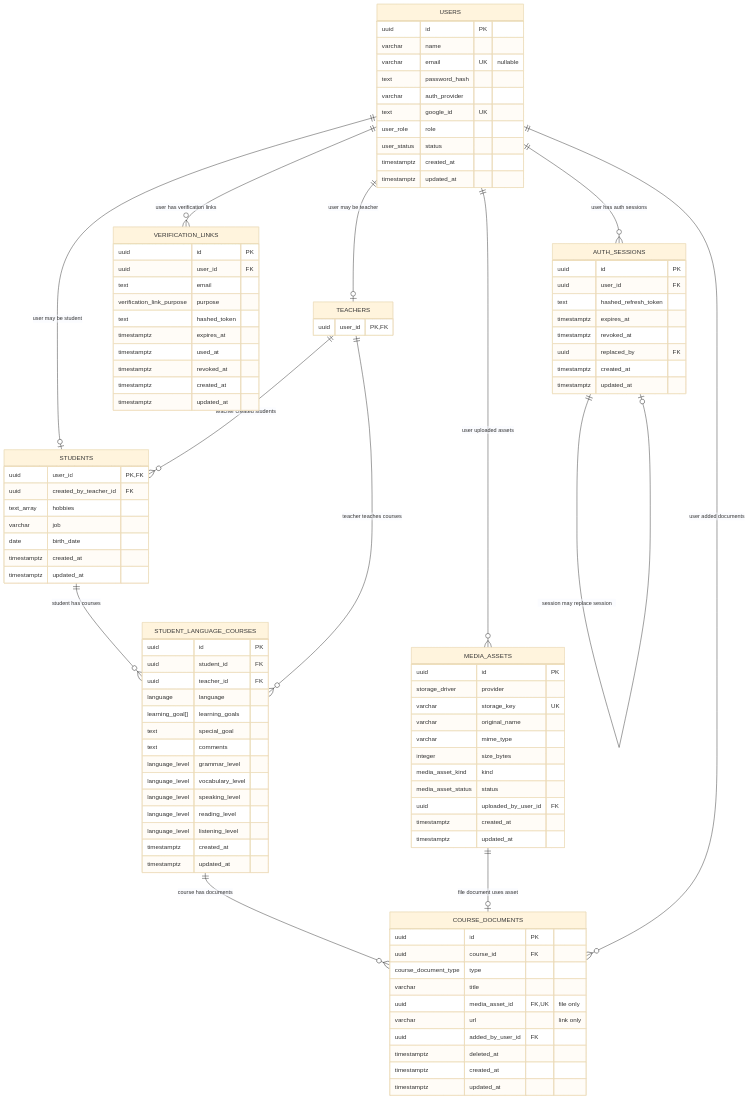
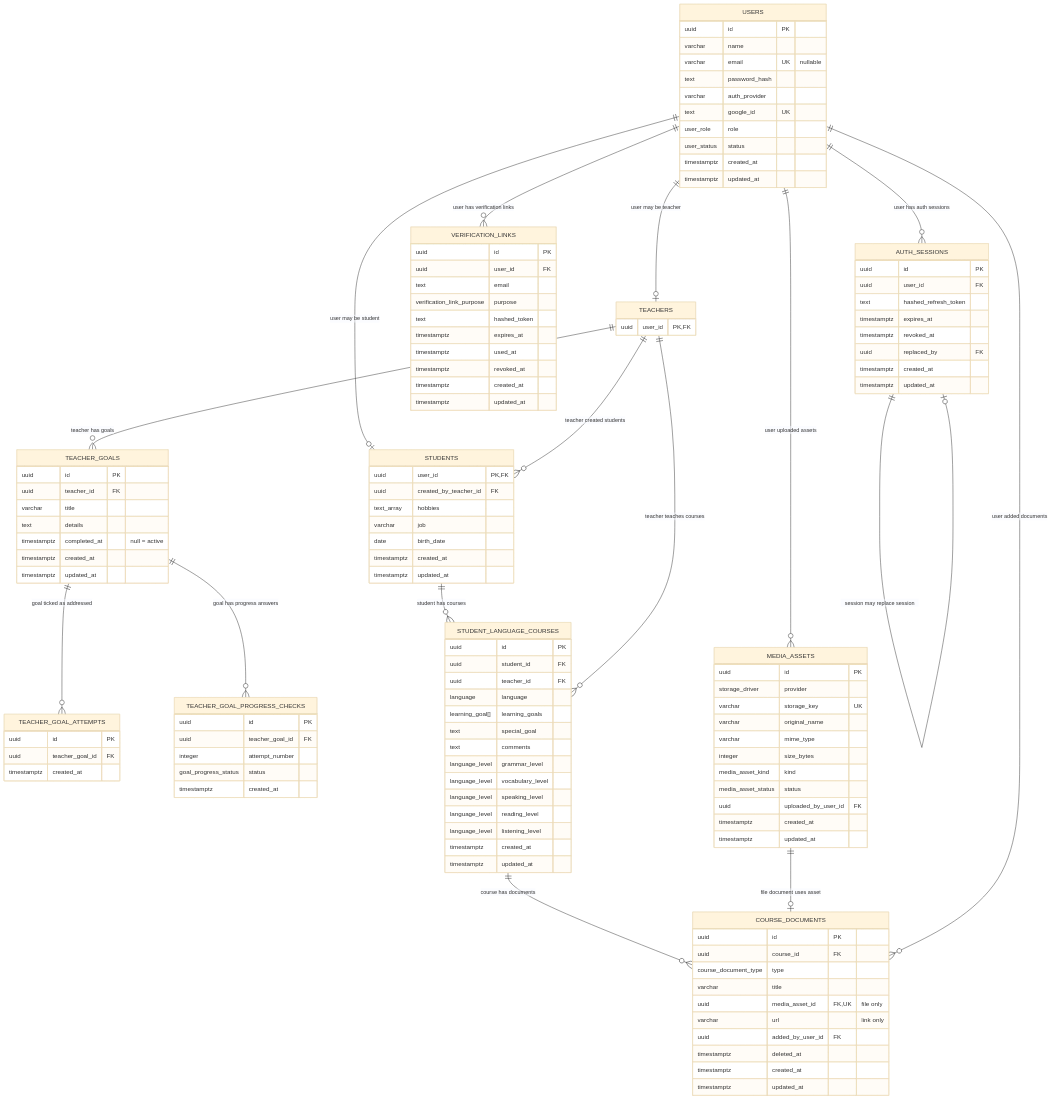
Before and after one commit to KaterynaKocheharova/Practice-app: the diagram in back/docs/db/entities.md, drawn with Mermaid (base theme). The commit also changed other lines of this file and 6 other files, not shown here.

Commit message:
add teacher goasl and progress tables structures

```diff
--- a/back/docs/db/entities.md
+++ b/back/docs/db/entities.md
@@ -43,6 +43,30 @@
 
   TEACHERS {
     uuid user_id PK, FK
+  }
+
+  TEACHER_GOALS {
+    uuid id PK
+    uuid teacher_id FK
+    varchar title
+    text details
+    timestamptz completed_at "null = active"
+    timestamptz created_at
+    timestamptz updated_at
+  }
+
+  TEACHER_GOAL_ATTEMPTS {
+    uuid id PK
+    uuid teacher_goal_id FK
+    timestamptz created_at
+  }
+
+  TEACHER_GOAL_PROGRESS_CHECKS {
+    uuid id PK
+    uuid teacher_goal_id FK
+    integer attempt_number
+    goal_progress_status status
+    timestamptz created_at
   }
 
   STUDENTS {
@@ -105,6 +129,9 @@
   USERS ||--o{ VERIFICATION_LINKS : "user has verification links"
   AUTH_SESSIONS ||--o| AUTH_SESSIONS : "session may replace session"
   TEACHERS ||--o{ STUDENTS : "teacher created students"
+  TEACHERS ||--o{ TEACHER_GOALS : "teacher has goals"
+  TEACHER_GOALS ||--o{ TEACHER_GOAL_ATTEMPTS : "goal ticked as addressed"
+  TEACHER_GOALS ||--o{ TEACHER_GOAL_PROGRESS_CHECKS : "goal has progress answers"
   STUDENTS ||--o{ STUDENT_LANGUAGE_COURSES : "student has courses"
   TEACHERS ||--o{ STUDENT_LANGUAGE_COURSES : "teacher teaches courses"
   STUDENT_LANGUAGE_COURSES ||--o{ COURSE_DOCUMENTS : "course has documents"
```
